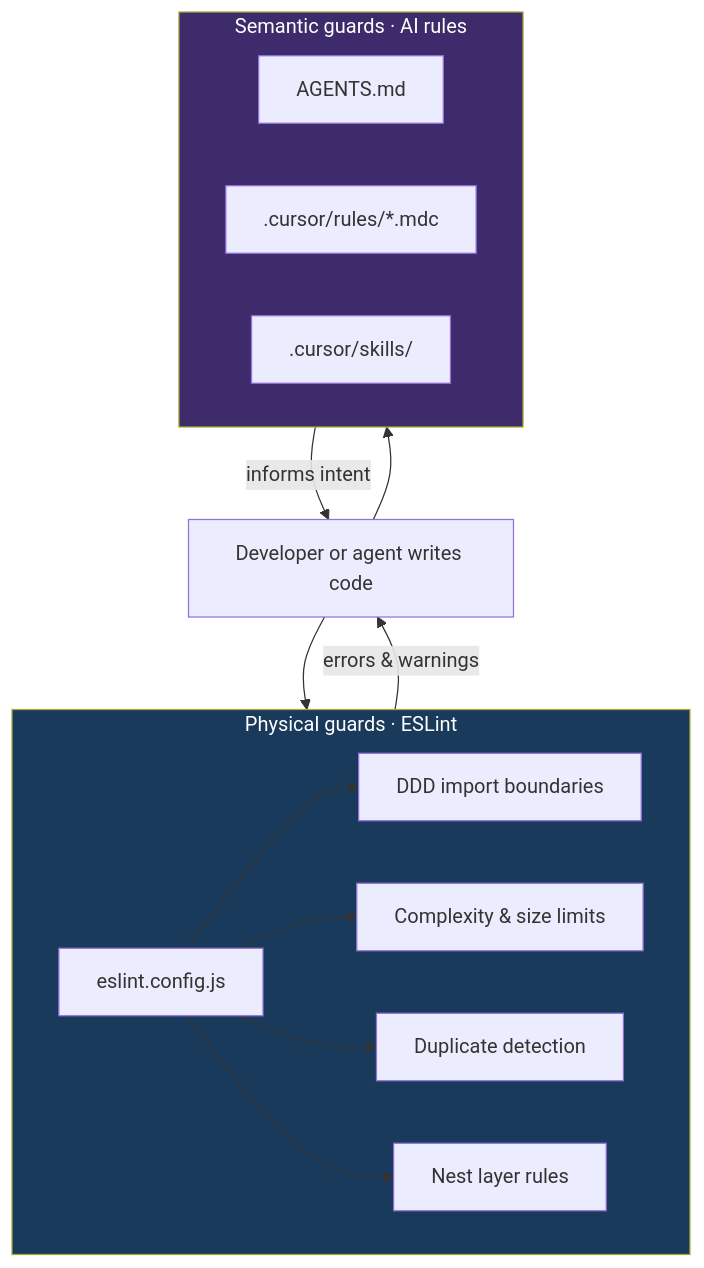
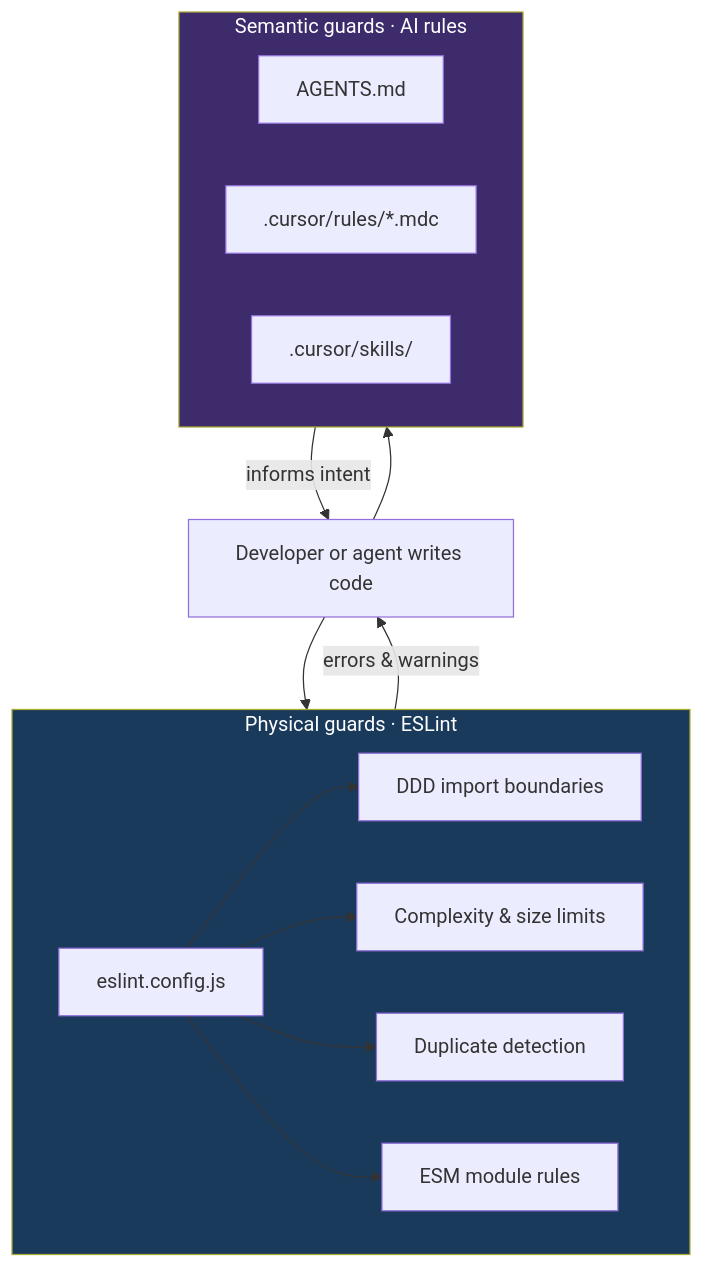
Before and after one commit to AlanGreyjoy/claudecitizen: the first of 4 diagrams in docs/docs/engineering/physical-guards.md, drawn with Mermaid. The commit also changed other lines of this file and 195 other files, not shown here.

````diff
--- a/docs/docs/engineering/physical-guards.md
+++ b/docs/docs/engineering/physical-guards.md
@@ -18,25 +18,25 @@
 ```mermaid
 flowchart TB
   subgraph physical ["Physical guards · ESLint"]
     Lint[eslint.config.js]
     Lint --> DDD[DDD import boundaries]
     Lint --> SRP[Complexity & size limits]
     Lint --> DRY[Duplicate detection]
-    Lint --> Nest[Nest layer rules]
+    Lint --> ESM[ESM module rules]
   end
 
   subgraph semantic ["Semantic guards · AI rules"]
     Agents[AGENTS.md]
     Cursor[.cursor/rules/*.mdc]
     Skills[.cursor/skills/]
   end
 
   Dev[Developer or agent writes code]
   Dev --> semantic
   semantic -->|informs intent| Dev
   Dev --> physical
   physical -->|errors & warnings| Dev
 
   style physical fill:#1a3a5c,color:#fff
   style semantic fill:#3d2b6b,color:#fff
 ```
````
